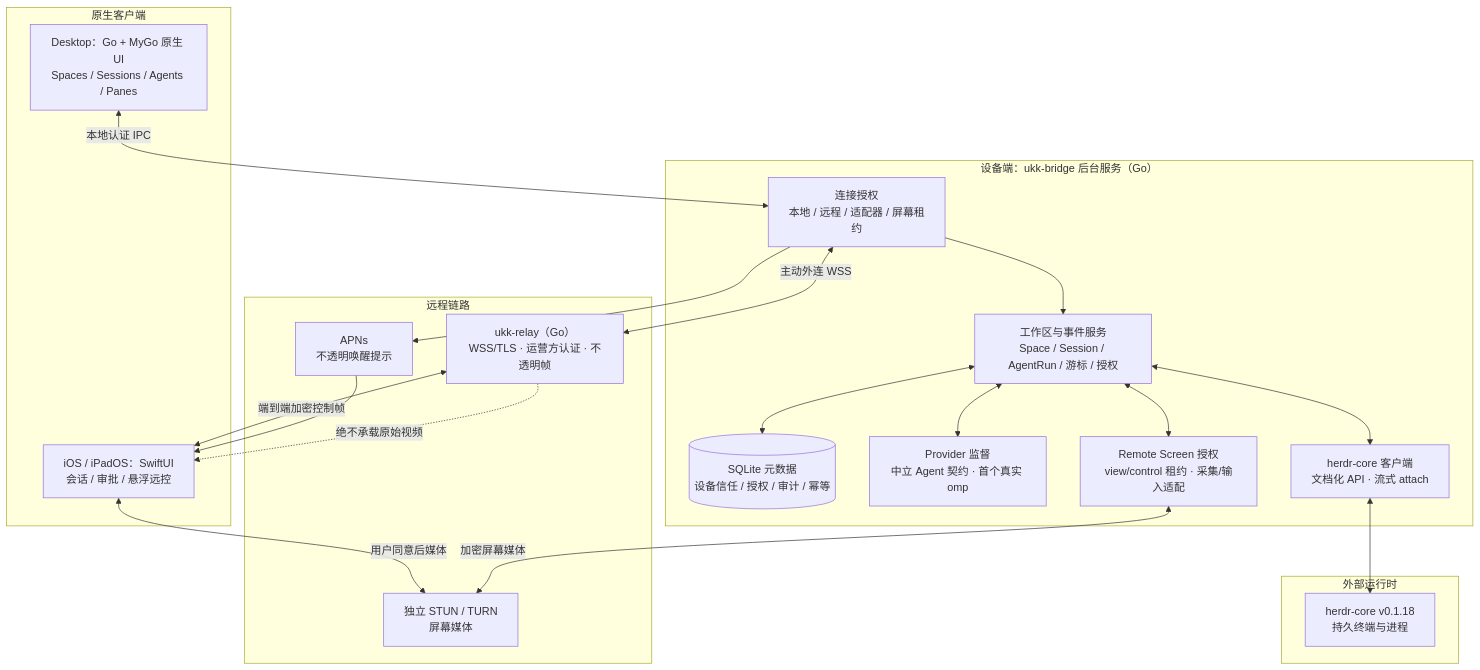
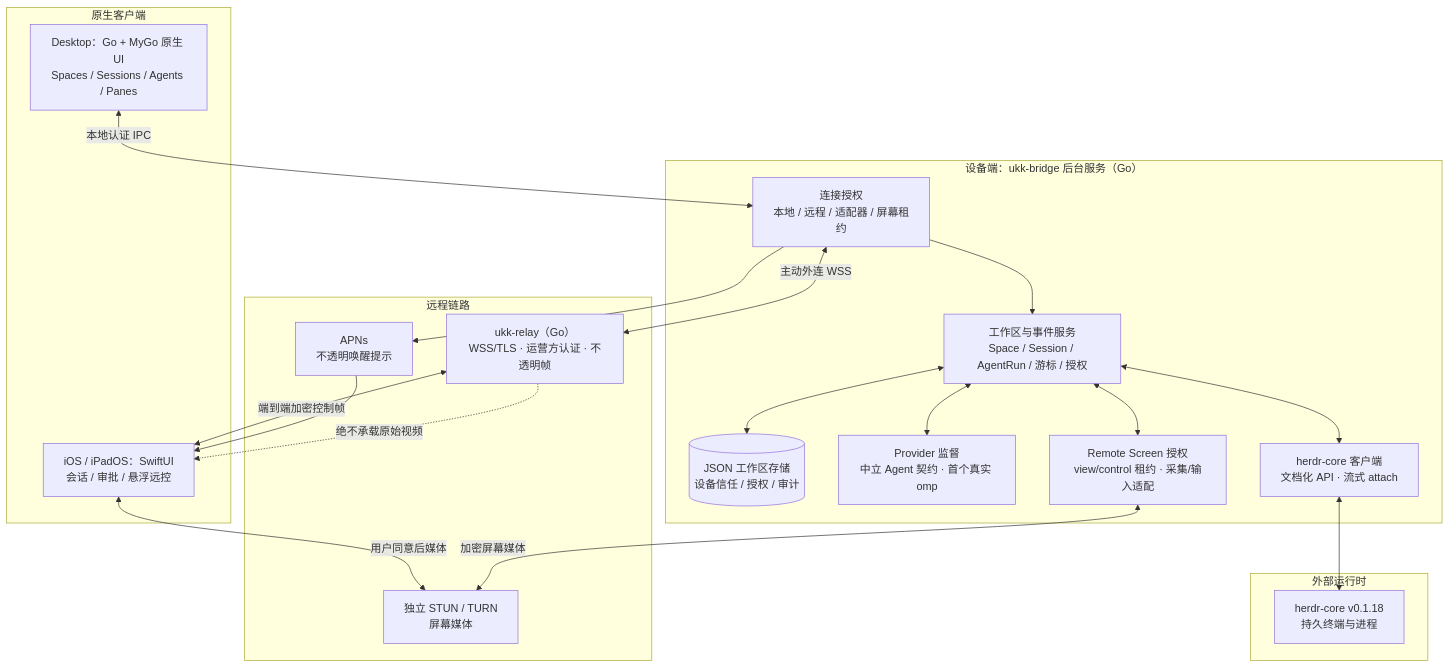
The first of 2 diagrams in docs/overview.zh-CN.md (suj1e/ukk), drawn with Mermaid before and after one commit. The commit also changed 4 other files, not shown here.

````diff
--- a/docs/overview.zh-CN.md
+++ b/docs/overview.zh-CN.md
@@ -34,37 +34,37 @@
 ```mermaid
 flowchart TB
   subgraph Clients["原生客户端"]
     D["Desktop：Go + MyGo 原生 UI<br/>Spaces / Sessions / Agents / Panes"]
     I["iOS / iPadOS：SwiftUI<br/>会话 / 审批 / 悬浮远控"]
   end
   subgraph Local["设备端：ukk-bridge 后台服务（Go）"]
     AUTH["连接授权<br/>本地 / 远程 / 适配器 / 屏幕租约"]
     MODEL["工作区与事件服务<br/>Space / Session / AgentRun / 游标 / 授权"]
-    DB[("SQLite 元数据<br/>设备信任 / 授权 / 审计 / 幂等")]
+    DB[("JSON 工作区存储<br/>设备信任 / 授权 / 审计")]
     PROV["Provider 监督<br/>中立 Agent 契约 · 首个真实 omp"]
     HC["herdr-core 客户端<br/>文档化 API · 流式 attach"]
     SCR["Remote Screen 授权<br/>view/control 租约 · 采集/输入适配"]
     AUTH --> MODEL
     MODEL <--> DB
     MODEL <--> PROV
     MODEL <--> HC
     MODEL <--> SCR
   end
   subgraph Runtime["外部运行时"]
     CORE["herdr-core v0.1.18<br/>持久终端与进程"]
   end
   subgraph Network["远程链路"]
     REL["ukk-relay（Go）<br/>WSS/TLS · 运营方认证 · 不透明帧"]
     MEDIA["独立 STUN / TURN<br/>屏幕媒体"]
     PUSH["APNs<br/>不透明唤醒提示"]
   end
   D <-->|本地认证 IPC| AUTH
   I <-->|端到端加密控制帧| REL
   AUTH <-->|主动外连 WSS| REL
   REL -.->|绝不承载原始视频| I
   SCR <-->|加密屏幕媒体| MEDIA
   I <-->|用户同意后媒体| MEDIA
   HC <--> CORE
   AUTH --> PUSH
   PUSH --> I
 ```
````
